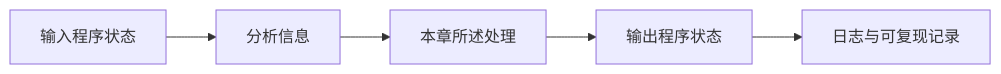
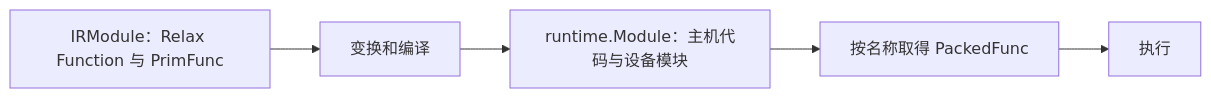
One commit to Little-W/Obsidian changed the diagram in NPU/TVM 使用与自研 NPU 接入手册/03-IRModule 与统一对象系统.md. Above: the diagram before and after it, drawn with Mermaid. The commit also changed other lines of this file and 10 other files, not shown here.

````diff
--- a/NPU/TVM 使用与自研 NPU 接入手册/03-IRModule 与统一对象系统.md
+++ b/NPU/TVM 使用与自研 NPU 接入手册/03-IRModule 与统一对象系统.md
@@ -30,7 +86,7 @@
 ```mermaid
 flowchart LR
-    A["输入程序状态"] --> B["分析信息"]
-    B --> C["本章所述处理"]
-    C --> D["输出程序状态"]
-    D --> E["日志与可复现记录"]
+    A["IRModule：Relax Function 与 PrimFunc"] --> B["变换和编译"]
+    B --> C["runtime.Module：主机代码与设备模块"]
+    C --> D["按名称取得 PackedFunc"]
+    D --> E["执行"]
 ```
````
